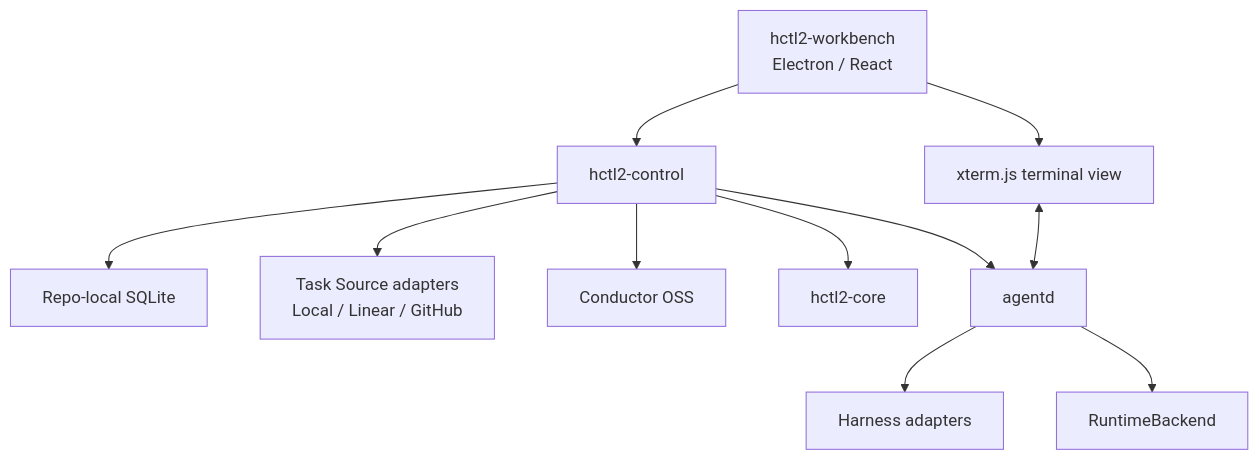
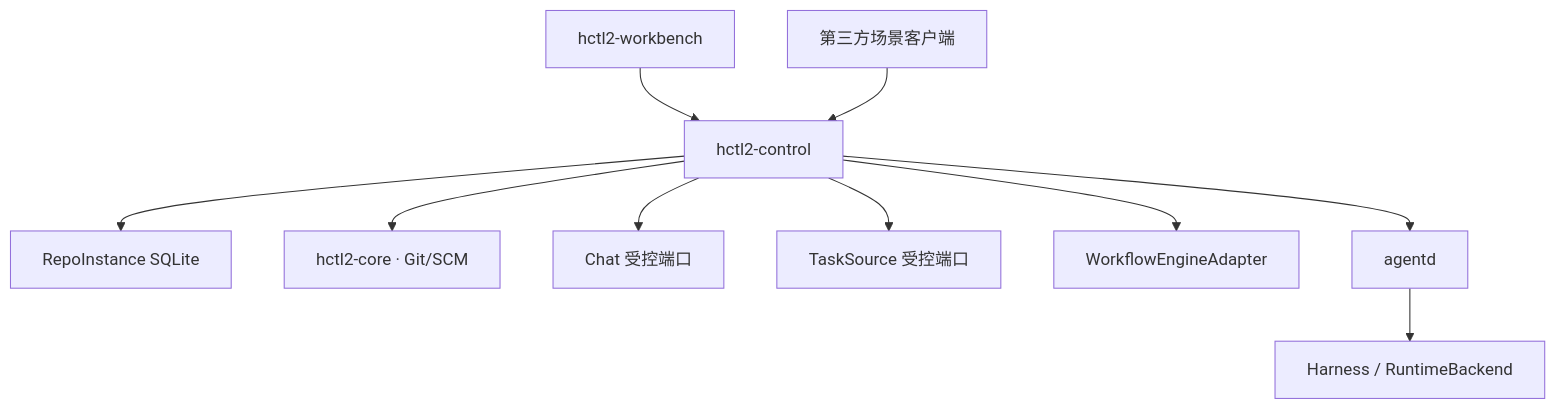
One commit to yesme/hctl2 changed the second of 2 diagrams in README.md. Above: the diagram before and after it, drawn with Mermaid. The commit also changed other lines of this file and 24 other files, not shown here.

````diff
--- a/README.md
+++ b/README.md
@@ -68,13 +44,12 @@
 ```mermaid
 flowchart TD
-    UI["hctl2-workbench<br/>Electron / React"] --> Control["hctl2-control"]
-    UI --> Terminal["xterm.js terminal view"]
-    Control --> DB["Repo-local SQLite"]
-    Control --> TaskSource["Task Source adapters<br/>Local / Linear / GitHub"]
-    Control --> Engine["Conductor OSS"]
-    Control --> Core["hctl2-core"]
+    Bench["hctl2-workbench"] --> Control["hctl2-control"]
+    ExternalClient["第三方场景客户端"] --> Control
+    Control --> DB["RepoInstance SQLite"]
+    Control --> Core["hctl2-core · Git/SCM"]
+    Control --> ChatPort["Chat 受控端口"]
+    Control --> TaskSource["TaskSource 受控端口"]
+    Control --> Engine["WorkflowEngineAdapter"]
     Control --> Agentd["agentd"]
-    Agentd --> Harness["Harness adapters"]
-    Agentd --> Runtime["RuntimeBackend"]
-    Terminal <--> Agentd
+    Agentd --> Harness["Harness / RuntimeBackend"]
 ```
````
